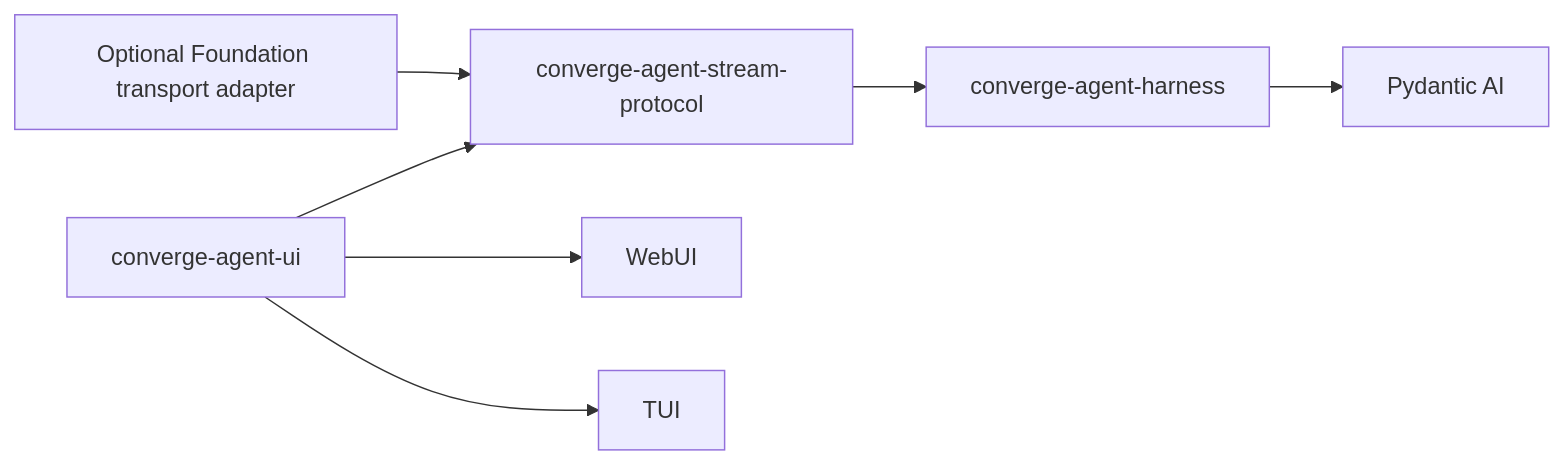
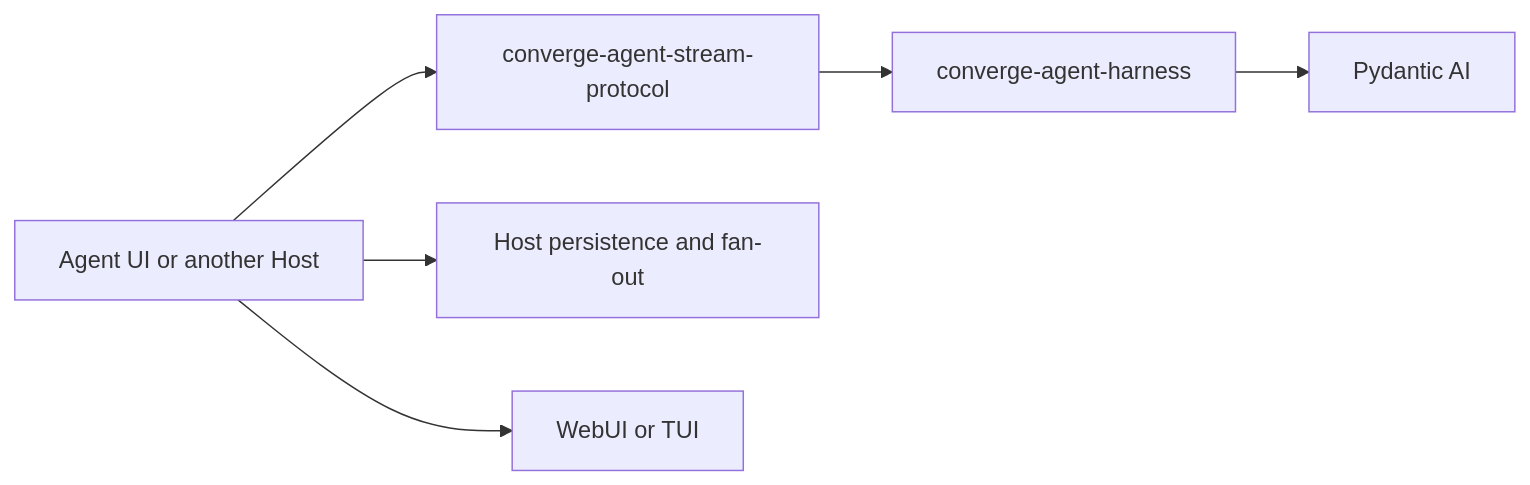
Before and after one commit to LTThreeComma/agent-foundation: the diagram in spec/agent-stream-protocol/00-overview.md, drawn with Mermaid. The commit also changed other lines of this file and 86 other files, not shown here.

````diff
--- a/spec/agent-stream-protocol/00-overview.md
+++ b/spec/agent-stream-protocol/00-overview.md
@@ -26,9 +26,8 @@
 ```mermaid
 flowchart LR
-    Local[converge-agent-ui] --> AGUI[converge-agent-stream-protocol]
-    Hosted[Optional Foundation transport adapter] --> AGUI
-    AGUI --> Harness[converge-agent-harness]
+    Host[Agent UI or another Host] --> Protocol[converge-agent-stream-protocol]
+    Protocol --> Harness[converge-agent-harness]
     Harness --> Pydantic[Pydantic AI]
-    Local --> Web[WebUI]
-    Local --> TUI[TUI]
+    Host --> Store[Host persistence and fan-out]
+    Host --> Surface[WebUI or TUI]
 ```
````
